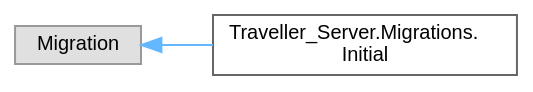
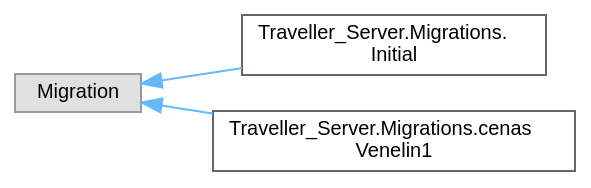
One commit to VenelinArgirov/manual-tecnico.github.io changed the diagram in Servidor/inherit_graph_5.dot. Above: the diagram before and after it, drawn with Graphviz. The commit also changed 998 other files, not shown here.

```diff
--- a/Servidor/inherit_graph_5.dot
+++ b/Servidor/inherit_graph_5.dot
@@ -1,11 +1,13 @@
 digraph "Graphical Class Hierarchy"
 {
  // LATEX_PDF_SIZE
   bgcolor="transparent";
   edge [fontname=Helvetica,fontsize=10,labelfontname=Helvetica,labelfontsize=10];
   node [fontname=Helvetica,fontsize=10,shape=box,height=0.2,width=0.4];
   rankdir="LR";
   Node0 [label="Migration",height=0.2,width=0.4,color="grey60", fillcolor="#E0E0E0", style="filled",tooltip=" "];
   Node0 -> Node1 [dir="back",color="steelblue1",style="solid"];
   Node1 [label="Traveller_Server.Migrations.\lInitial",height=0.2,width=0.4,color="grey40", fillcolor="white", style="filled",URL="$class_traveller___server_1_1_migrations_1_1_initial.html",tooltip=" "];
+  Node0 -> Node2 [dir="back",color="steelblue1",style="solid"];
+  Node2 [label="Traveller_Server.Migrations.cenas\lVenelin1",height=0.2,width=0.4,color="grey40", fillcolor="white", style="filled",URL="$class_traveller___server_1_1_migrations_1_1cenas_venelin1.html",tooltip=" "];
 }
```
